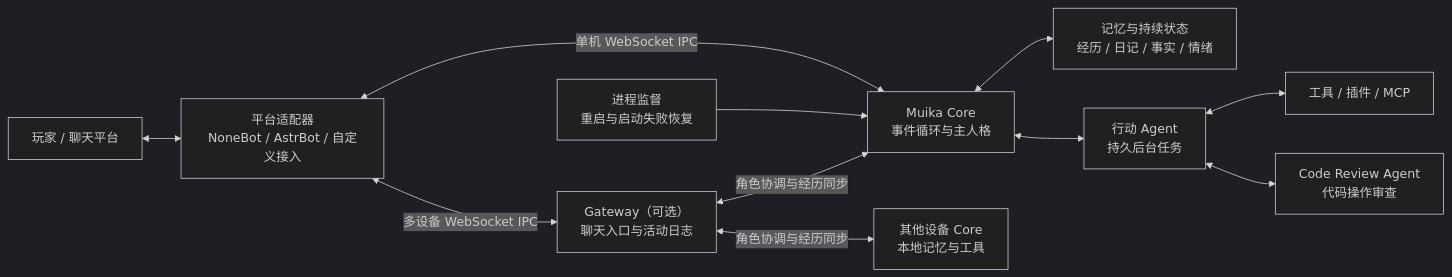
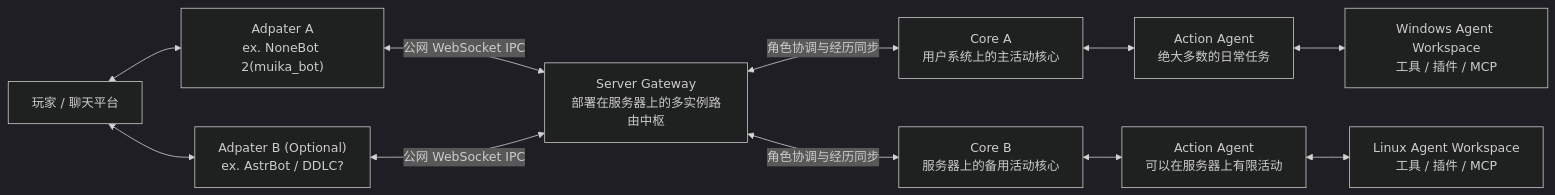
Before and after one commit to Moemu/Muika-After-Story: the second of 2 diagrams in README.md, drawn with Mermaid (dark theme). The commit also changed other lines of this file, not shown here.

Commit message:
📝 Update Readme.md

````diff
--- a/README.md
+++ b/README.md
@@ -101,13 +117,13 @@
 ```mermaid
 flowchart LR
-    Player["玩家 / 聊天平台"] <--> Adapter["平台适配器<br/>NoneBot / AstrBot / 自定义接入"]
-    Adapter <-->|单机 WebSocket IPC| Core["Muika Core<br/>事件循环与主人格"]
-    Adapter <-->|多设备 WebSocket IPC| Gateway["Gateway（可选）<br/>聊天入口与活动日志"]
-    Gateway <-->|角色协调与经历同步| Core
-    Gateway <-->|角色协调与经历同步| OtherCore["其他设备 Core<br/>本地记忆与工具"]
-    Supervisor["进程监督<br/>重启与启动失败恢复"] --> Core
-    Core <--> Memory["记忆与持续状态<br/>经历 / 日记 / 事实 / 情绪"]
-    Core <--> Agent["行动 Agent<br/>持久后台任务"]
-    Agent <--> Tools["工具 / 插件 / MCP"]
-    Agent <--> Review["Code Review Agent<br/>代码操作审查"]
+    Player["玩家 / 聊天平台"] <--> AdapterA["Adpater A<br/>ex. NoneBot 2(muika_bot)"]
+    Player <--> AdapterB["Adpater B (Optional)<br/>ex. AstrBot / DDLC?"]
+    AdapterA <-->|公网 WebSocket IPC| Gateway["Server Gateway<br/>部署在服务器上的多实例路由中枢"]
+    AdapterB <-->|公网 WebSocket IPC| Gateway
+    Gateway <-->|角色协调与经历同步| CoreA["Core A<br/>用户系统上的主活动核心"]
+    Gateway <-->|角色协调与经历同步| CoreB["Core B<br/>服务器上的备用活动核心"]
+    CoreA <--> AgentA["Action Agent<br/>绝大多数的日常任务"]
+    CoreB <--> AgentB["Action Agent<br/>可以在服务器上有限活动"]
+    AgentA <--> ToolsA["Windows Agent Workspace<br/>工具 / 插件 / MCP"]
+    AgentB <--> ToolsB["Linux Agent Workspace<br/>工具 / 插件 / MCP"]
 ```
````
